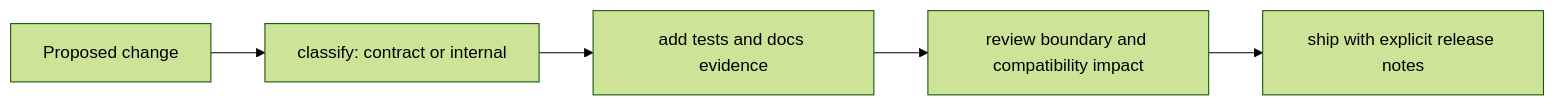
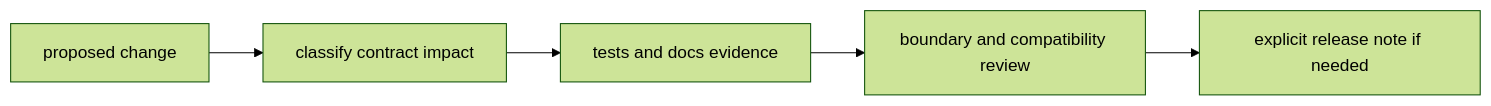
Before and after one commit to bijux/bijux-cli: the diagram in docs/bijux-cli/foundation/change-principles.md, drawn with Mermaid (forest theme). The commit also changed other lines of this file, not shown here.

````diff
--- a/docs/bijux-cli/foundation/change-principles.md
+++ b/docs/bijux-cli/foundation/change-principles.md
@@ -17,7 +20,7 @@
 ```mermaid
 flowchart LR
-    change["Proposed change"] --> classify["classify: contract or internal"]
-    classify --> evidence["add tests and docs evidence"]
-    evidence --> review["review boundary and compatibility impact"]
-    review --> release["ship with explicit release notes"]
+    change["proposed change"] --> classify["classify contract impact"]
+    classify --> evidence["tests and docs evidence"]
+    evidence --> review["boundary and compatibility review"]
+    review --> release["explicit release note if needed"]
 ```
````
